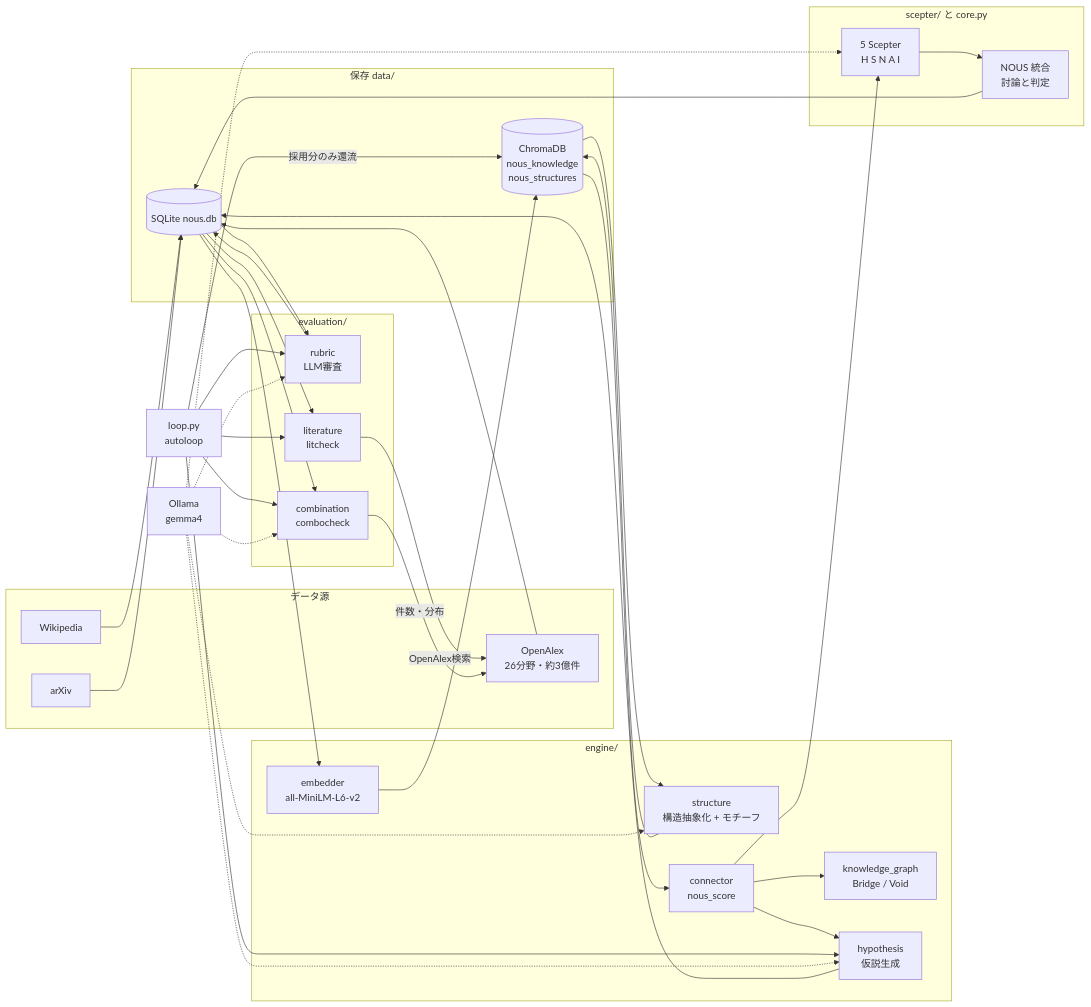
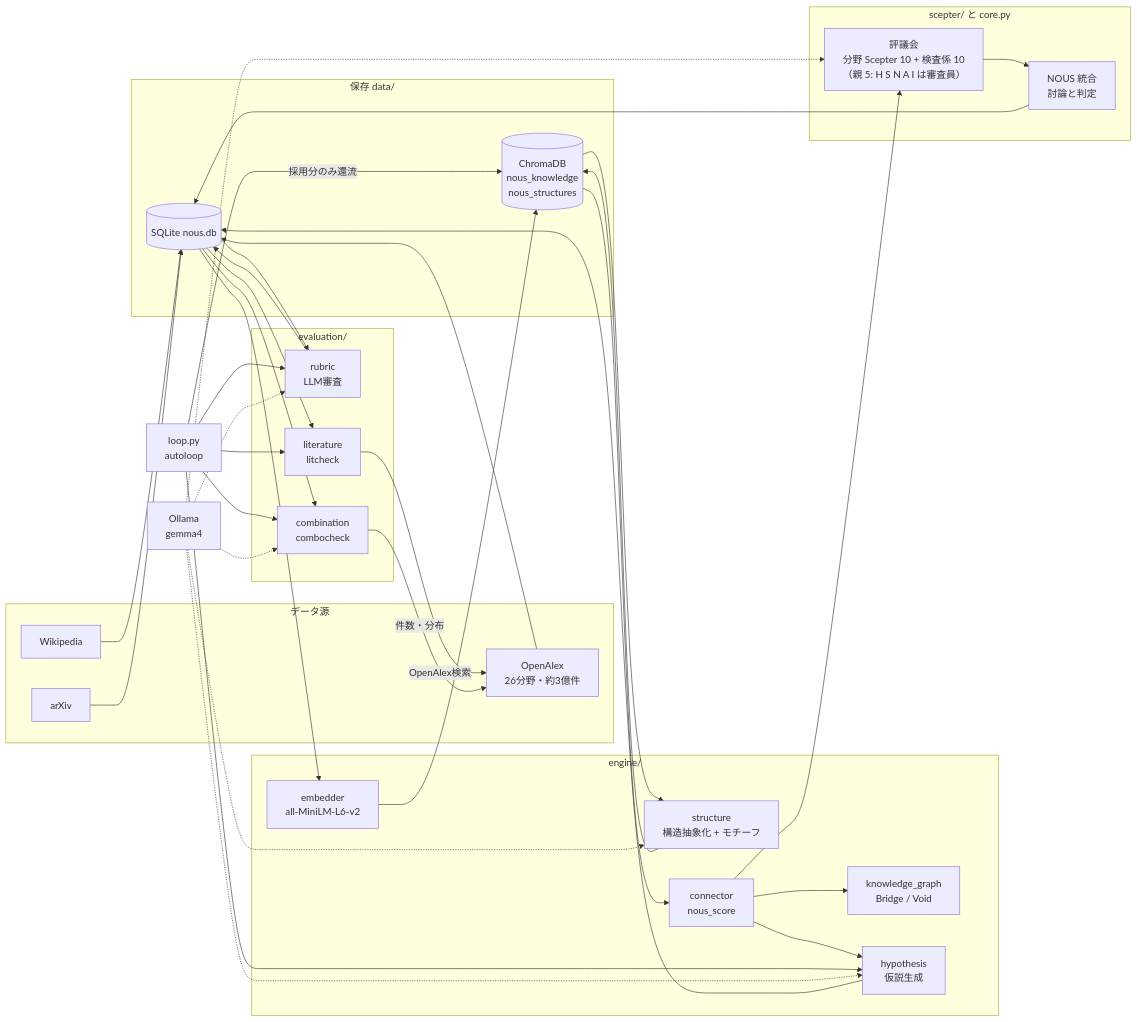
Before and after one commit to kohga1220-stack/NoUs: the first of 8 diagrams in docs/ARCHITECTURE.md, drawn with Mermaid. The commit also changed 9 other files, not shown here.

````diff
--- a/docs/ARCHITECTURE.md
+++ b/docs/ARCHITECTURE.md
@@ -8,57 +8,57 @@
 ```mermaid
 flowchart LR
     subgraph SRC["データ源"]
         W["Wikipedia"]
         A["arXiv"]
         O["OpenAlex<br/>26分野・約3億件"]
     end
     subgraph STORE["保存 data/"]
         DB[("SQLite nous.db")]
         CH[("ChromaDB<br/>nous_knowledge<br/>nous_structures")]
     end
     subgraph ENGINE["engine/"]
         EMB["embedder<br/>all-MiniLM-L6-v2"]
         STR["structure<br/>構造抽象化 + モチーフ"]
         CON["connector<br/>nous_score"]
         KG["knowledge_graph<br/>Bridge / Void"]
         HYP["hypothesis<br/>仮説生成"]
     end
     subgraph AGENTS["scepter/ と core.py"]
-        SC["5 Scepter<br/>H S N A I"]
+        SC["評議会<br/>分野 Scepter 10 + 検査係 10<br/>（親 5: H S N A I は審査員）"]
         NOUS["NOUS 統合<br/>討論と判定"]
     end
     subgraph EVAL["evaluation/"]
         RUB["rubric<br/>LLM審査"]
         LIT["literature<br/>litcheck"]
         COMBO["combination<br/>combocheck"]
     end
     LOOP["loop.py<br/>autoloop"]
     LLM["Ollama<br/>gemma4"]
 
     W --> DB
     A --> DB
     O --> DB
     DB --> EMB --> CH
     CH --> STR --> CH
     CH --> CON --> KG
     CON --> HYP
     CON --> SC --> NOUS
     HYP --> DB
     NOUS --> DB
     DB --> RUB
     RUB --> DB
     DB --> LIT
     DB --> COMBO
     LIT -->|"OpenAlex検索"| O
     COMBO -->|"件数・分布"| O
     LOOP --> HYP
     LOOP --> RUB
     LOOP --> LIT
     LOOP --> COMBO
     LOOP -->|"採用分のみ還流"| CH
     LLM -.-> STR
     LLM -.-> HYP
     LLM -.-> SC
     LLM -.-> RUB
     LLM -.-> COMBO
 ```
````
